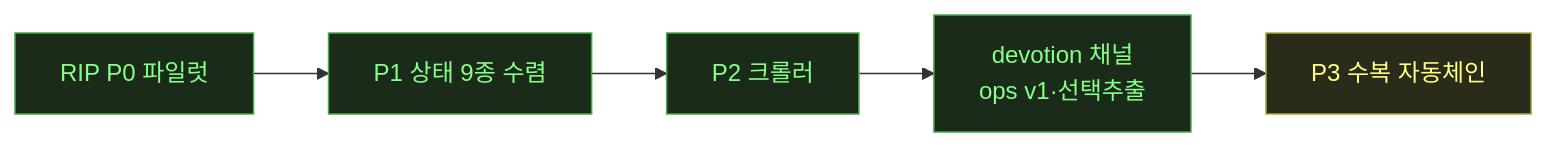
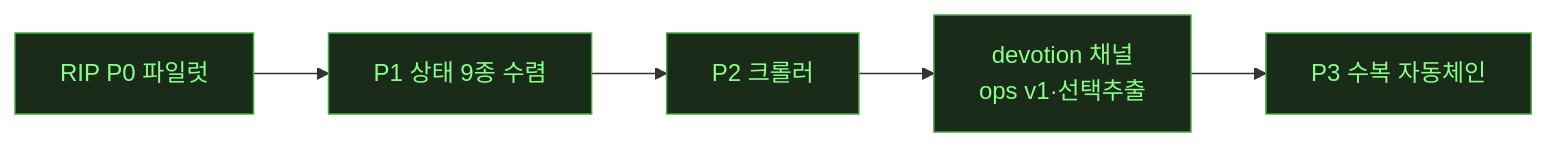
Before and after one commit to csbakk/clone-kb: the diagram in status/notion.md, drawn with Mermaid. The commit also changed other lines of this file and 3 other files, not shown here.

````diff
--- a/status/notion.md
+++ b/status/notion.md
@@ -8,9 +8,9 @@
 ```mermaid
 flowchart LR
     P0["RIP P0 파일럿"] --> P1["P1 상태 9종 수렴"] --> P2["P2 크롤러"] --> CH["devotion 채널<br/>ops v1·선택추출"] --> P3["P3 수복 자동체인"]
     style P0 fill:#1a2b1a,stroke:#4a4,color:#8f8
     style P1 fill:#1a2b1a,stroke:#4a4,color:#8f8
     style P2 fill:#1a2b1a,stroke:#4a4,color:#8f8
     style CH fill:#1a2b1a,stroke:#4a4,color:#8f8
-    style P3 fill:#2b2b1a,stroke:#aa4,color:#ff8
+    style P3 fill:#1a2b1a,stroke:#4a4,color:#8f8
 ```
````
